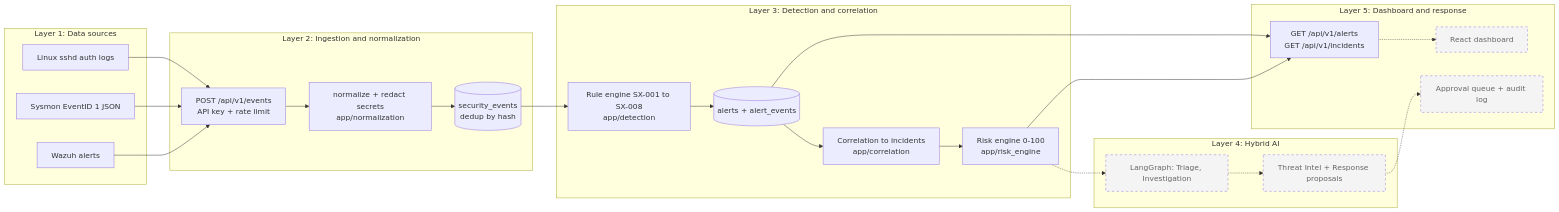
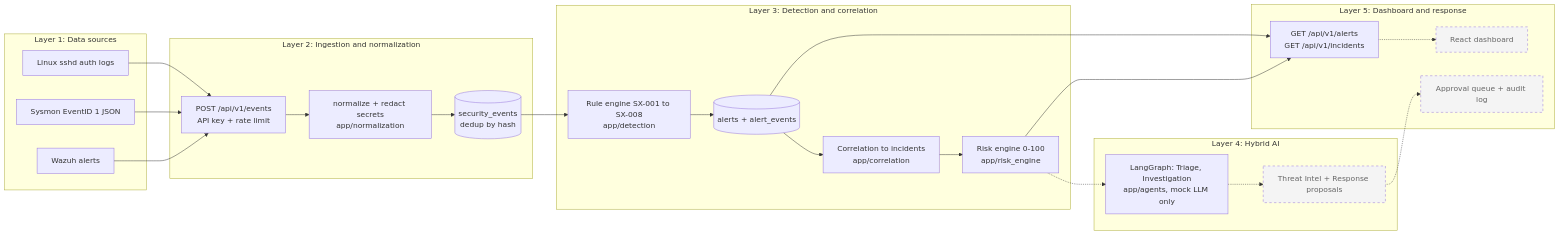
Before and after one commit to duynhat326/SentinelX-Hybrid-AI-powered-Security-Operations-Platform: the first of 2 diagrams in docs/architecture.md, drawn with Mermaid. The commit also changed other lines of this file and 18 other files, not shown here.

First line of the commit message:
fix: tighten AI investigation citations, add spec fields and LangGraph

````diff
--- a/docs/architecture.md
+++ b/docs/architecture.md
@@ -5,37 +5,37 @@
 ```mermaid
 flowchart LR
     subgraph L1[Layer 1: Data sources]
         A1[Linux sshd auth logs]
         A2[Sysmon EventID 1 JSON]
         A3[Wazuh alerts]
     end
     subgraph L2[Layer 2: Ingestion and normalization]
         B1[POST /api/v1/events<br/>API key + rate limit]
         B2[normalize + redact secrets<br/>app/normalization]
         B3[(security_events<br/>dedup by hash)]
     end
     subgraph L3[Layer 3: Detection and correlation]
         C1[Rule engine SX-001 to SX-008<br/>app/detection]
         C2[(alerts + alert_events)]
         C3[Correlation to incidents<br/>app/correlation]
         C4[Risk engine 0-100<br/>app/risk_engine]
     end
     subgraph L4[Layer 4: Hybrid AI]
-        D1[LangGraph: Triage, Investigation]:::planned
+        D1[LangGraph: Triage, Investigation<br/>app/agents, mock LLM only]
         D2[Threat Intel + Response proposals]:::planned
     end
     subgraph L5[Layer 5: Dashboard and response]
         E1[GET /api/v1/alerts<br/>GET /api/v1/incidents]
         E2[React dashboard]:::planned
         E3[Approval queue + audit log]:::planned
     end
     A1 --> B1
     A2 --> B1
     A3 --> B1
     B1 --> B2 --> B3 --> C1 --> C2
     C2 --> E1
     C2 --> C3 --> C4 --> E1
     C4 -.-> D1 -.-> D2 -.-> E3
     E1 -.-> E2
     classDef planned stroke-dasharray: 5 5,fill:#f4f4f4,color:#666
 ```
````
